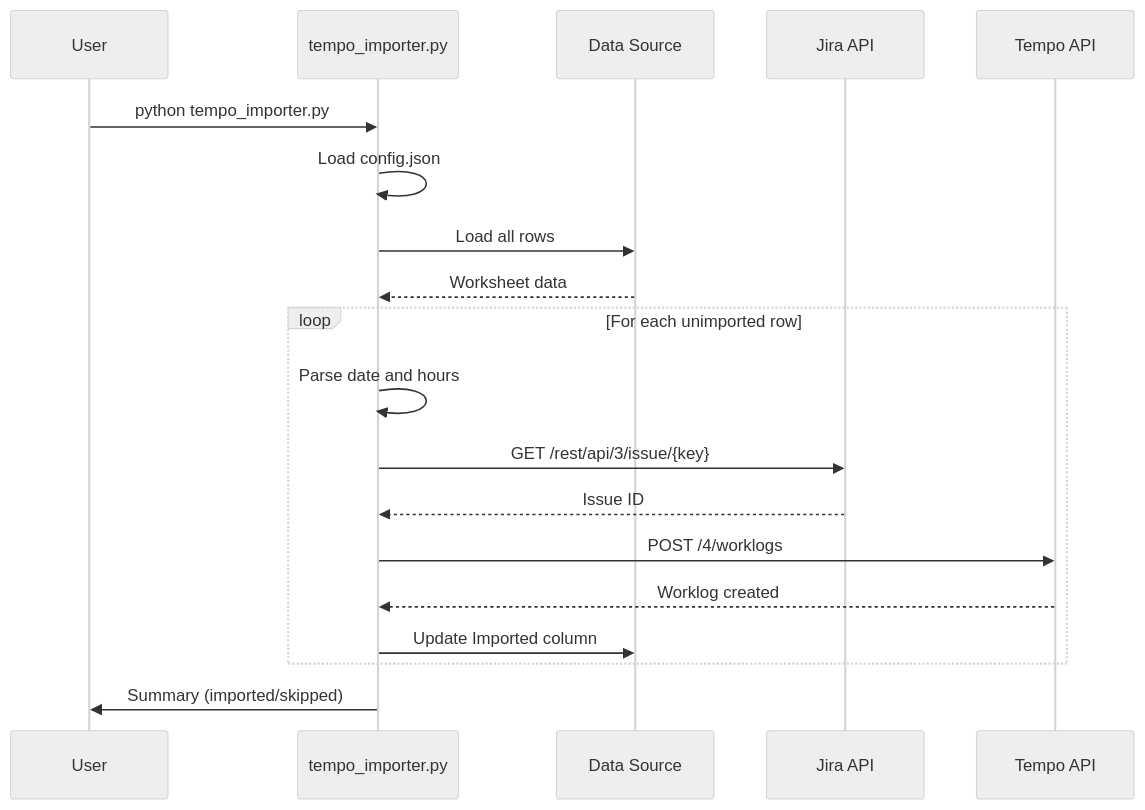
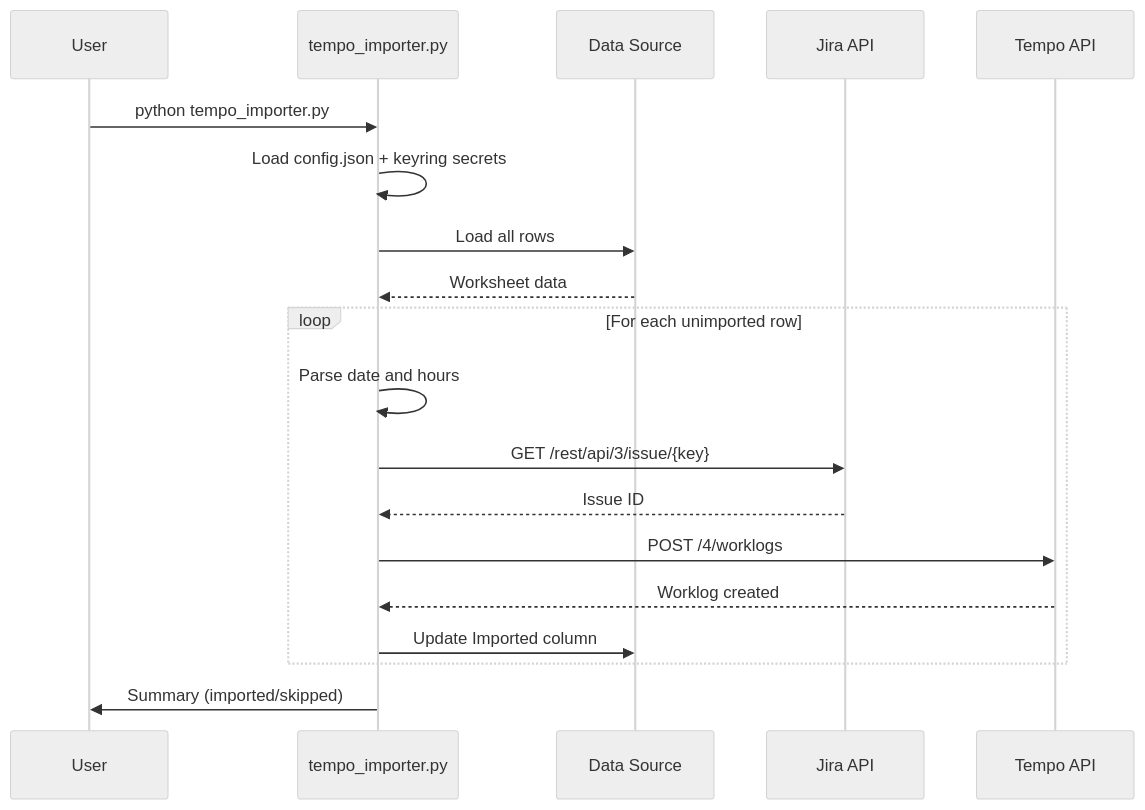
The second of 2 diagrams in README.md (martinbures97/jira-tempo-importer), drawn with Mermaid (neutral theme) before and after one commit. The commit also changed other lines of this file and 2 other files, not shown here.

First line of the commit message:
Add secure credential storage using system keyring

````diff
--- a/README.md
+++ b/README.md
@@ -50,24 +53,24 @@
 ```mermaid
 sequenceDiagram
     participant U as User
     participant S as tempo_importer.py
     participant D as Data Source
     participant J as Jira API
     participant T as Tempo API
 
     U->>S: python tempo_importer.py
-    S->>S: Load config.json
+    S->>S: Load config.json + keyring secrets
     S->>D: Load all rows
     D-->>S: Worksheet data
 
     loop For each unimported row
         S->>S: Parse date and hours
         S->>J: GET /rest/api/3/issue/{key}
         J-->>S: Issue ID
         S->>T: POST /4/worklogs
         T-->>S: Worklog created
         S->>D: Update Imported column
     end
 
     S->>U: Summary (imported/skipped)
 ```
````
